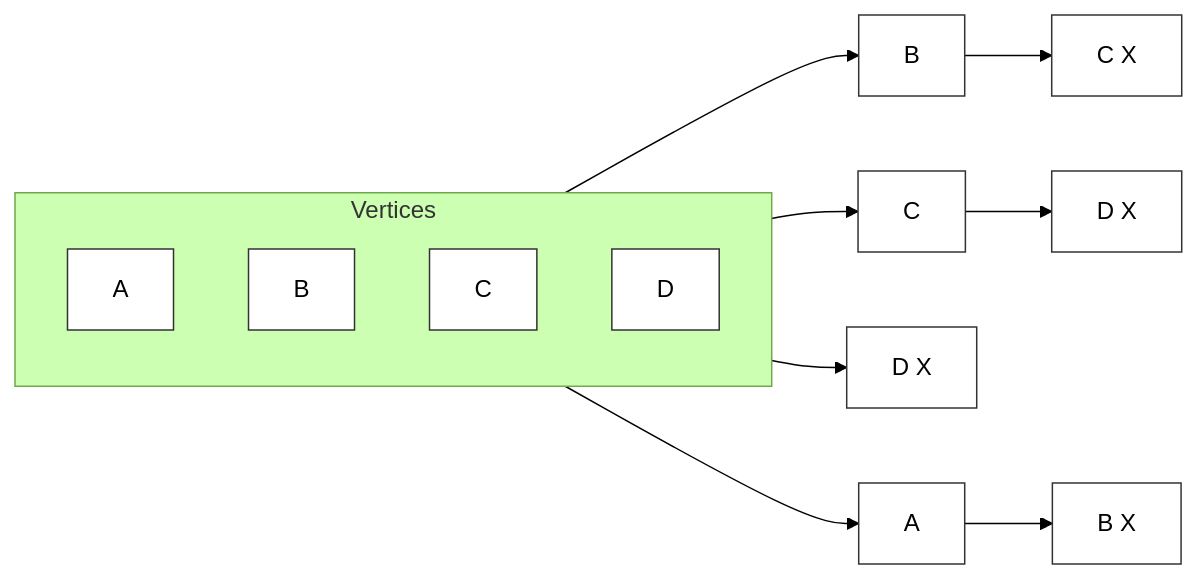
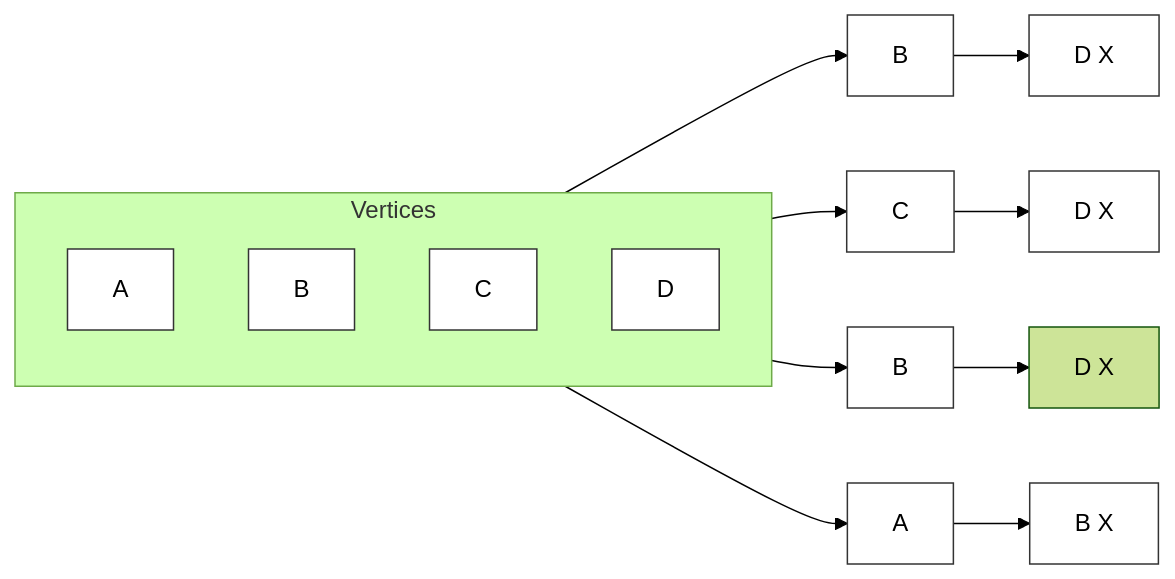
One commit to emahshie/csc223 changed the first of 2 diagrams in presentations/graph.md. Above: the diagram before and after it, drawn with Mermaid (forest theme). The commit also changed other lines of this file, not shown here.

````diff
--- a/presentations/graph.md
+++ b/presentations/graph.md
@@ -3,19 +3,19 @@
 ```mermaid
 graph LR
     subgraph Array [Vertices]
         direction TB
         A_root[A]
         B_root[B]
         C_root[C]
         D_root[D]
     end
 
-    A_root --> A1[B] --> A2[C X]
+    A_root --> A1[B] --> A2[D X]
     B_root --> B1[C] --> B2[D X]
-    C_root --> C1[D X]
+    C_root --> C1[B] --> C2[D X]
     D_root --> D1[A] --> D2[B X]
 
     %% Styling to make it look like sharp data blocks
     classDef nodeStyle fill:#fff,stroke:#333,shape:rect
     class A_root,B_root,C_root,D_root,A1,A2,B1,B2,C1,D1,D2 nodeStyle
 ```
````
